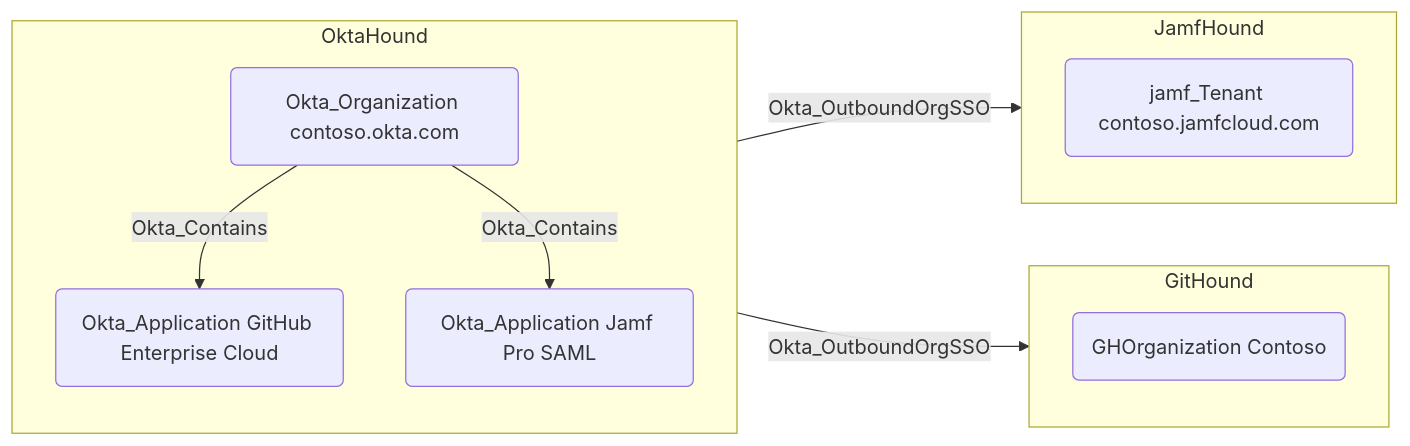
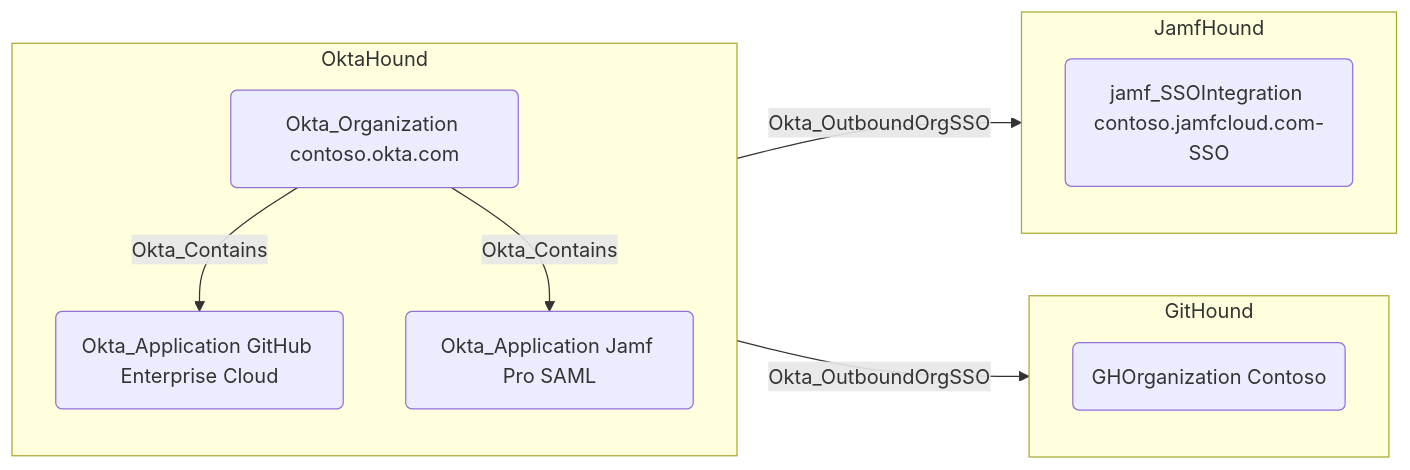
The diagram in Documentation/EdgeDescriptions/Okta_OutboundOrgSSO.md (SpecterOps/OktaHound), drawn with Mermaid before and after one commit. The commit also changed other lines of this file and 7 other files, not shown here.

Commit message:
Update Jamf and 1Password tenant edges

````diff
--- a/Documentation/EdgeDescriptions/Okta_OutboundOrgSSO.md
+++ b/Documentation/EdgeDescriptions/Okta_OutboundOrgSSO.md
@@ -12,21 +12,21 @@
 ```mermaid
 graph LR
   subgraph okta["OktaHound"]
     direction TB
     o("Okta_Organization contoso.okta.com")
     app1("Okta_Application GitHub Enterprise Cloud")
     app2("Okta_Application Jamf Pro SAML")
     o -- Okta_Contains --> app1
     o -- Okta_Contains --> app2
   end
   subgraph "GitHound"
     direction TB
     ghorg("GHOrganization Contoso")
     app1 -- Okta_OutboundOrgSSO --> ghorg
   end
   subgraph "JamfHound"
     direction TB
-    jamf("jamf_Tenant contoso.jamfcloud.com")
+    jamf("jamf_SSOIntegration contoso.jamfcloud.com-SSO")
     app2 -- Okta_OutboundOrgSSO --> jamf
   end
 ```
````
